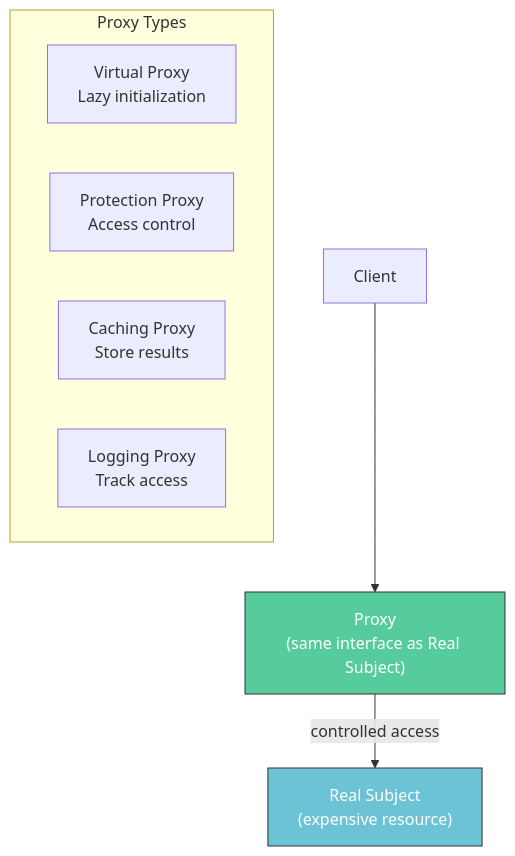
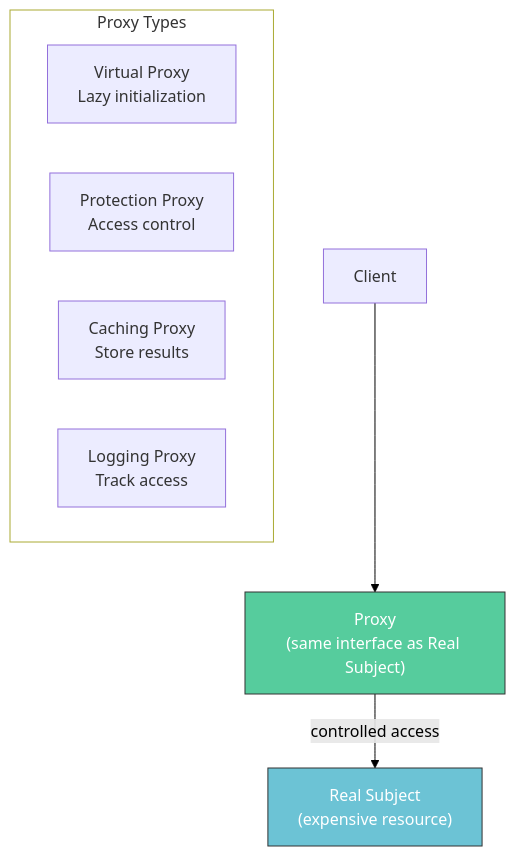
Before and after one commit to tanquangduong/tanquangduong.github.io: the tenth of 10 diagrams in posts/design-pattern/Design-Pattern-Interview-QA-1.qmd, drawn with Mermaid. The commit also changed other lines of this file and 204 other files, not shown here.

````diff
--- a/posts/design-pattern/Design-Pattern-Interview-QA-1.qmd
+++ b/posts/design-pattern/Design-Pattern-Interview-QA-1.qmd
@@ -1272,16 +1284,18 @@
 ```{mermaid}
 graph TD
+    linkStyle default stroke:#000,color:#000
     CLIENT["Client"]
     CLIENT --> PROXY["Proxy<br/>(same interface as Real Subject)"]
     PROXY -->|"controlled access"| REAL["Real Subject<br/>(expensive resource)"]
 
     subgraph Types["Proxy Types"]
         VP["Virtual Proxy<br/>Lazy initialization"]
         PP["Protection Proxy<br/>Access control"]
         CP["Caching Proxy<br/>Store results"]
         LP["Logging Proxy<br/>Track access"]
     end
 
     style PROXY fill:#56cc9d,stroke:#333,color:#fff
     style REAL fill:#6cc3d5,stroke:#333,color:#fff
+    style Types fill:#fff
 ```
````
